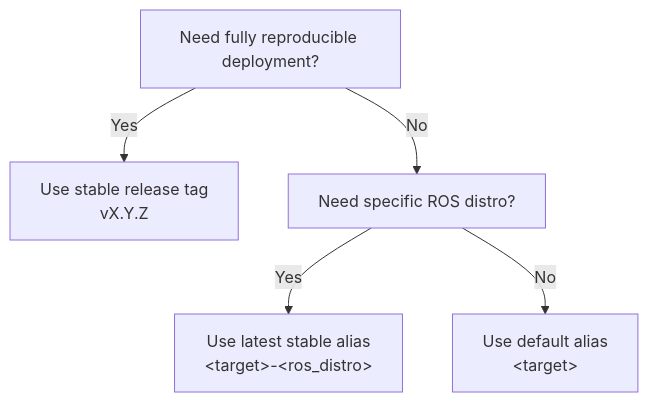
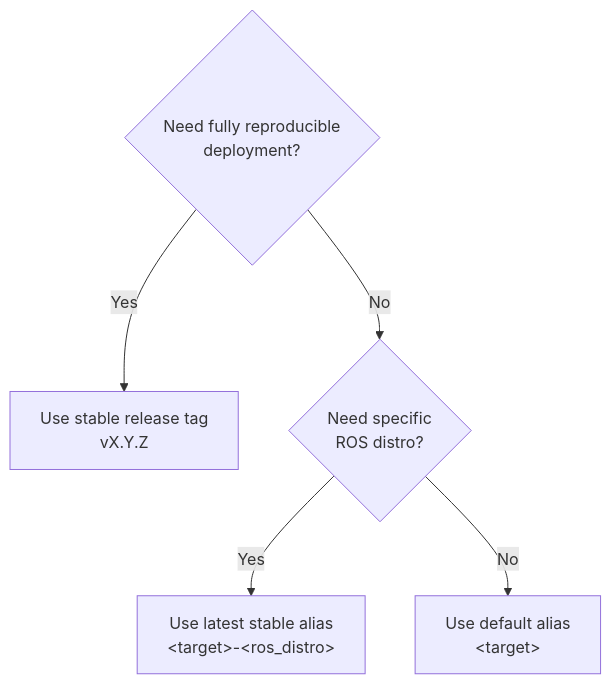
One commit to autowarefoundation/openadkit changed the diagram in docs/getting-started/image-tags.md. Above: the diagram before and after it, drawn with Mermaid. The commit also changed other lines of this file and 23 other files, not shown here.

````diff
--- a/docs/getting-started/image-tags.md
+++ b/docs/getting-started/image-tags.md
@@ -54,7 +54,7 @@
 ```mermaid
 flowchart TD
-    A[Need fully reproducible deployment?] -->|Yes| B[Use stable release tag<br>vX.Y.Z]
-    A -->|No| C[Need specific ROS distro?]
-    C -->|Yes| D[Use latest stable alias<br>&lt;target&gt;-&lt;ros_distro&gt;]
-    C -->|No| E[Use default alias<br>&lt;target&gt;]
+    A{Need fully reproducible<br/>deployment?} -->|Yes| B[Use stable release tag<br/>vX.Y.Z]
+    A -->|No| C{Need specific<br/>ROS distro?}
+    C -->|Yes| D[Use latest stable alias<br/>&lt;target&gt;-&lt;ros_distro&gt;]
+    C -->|No| E[Use default alias<br/>&lt;target&gt;]
 ```
````
